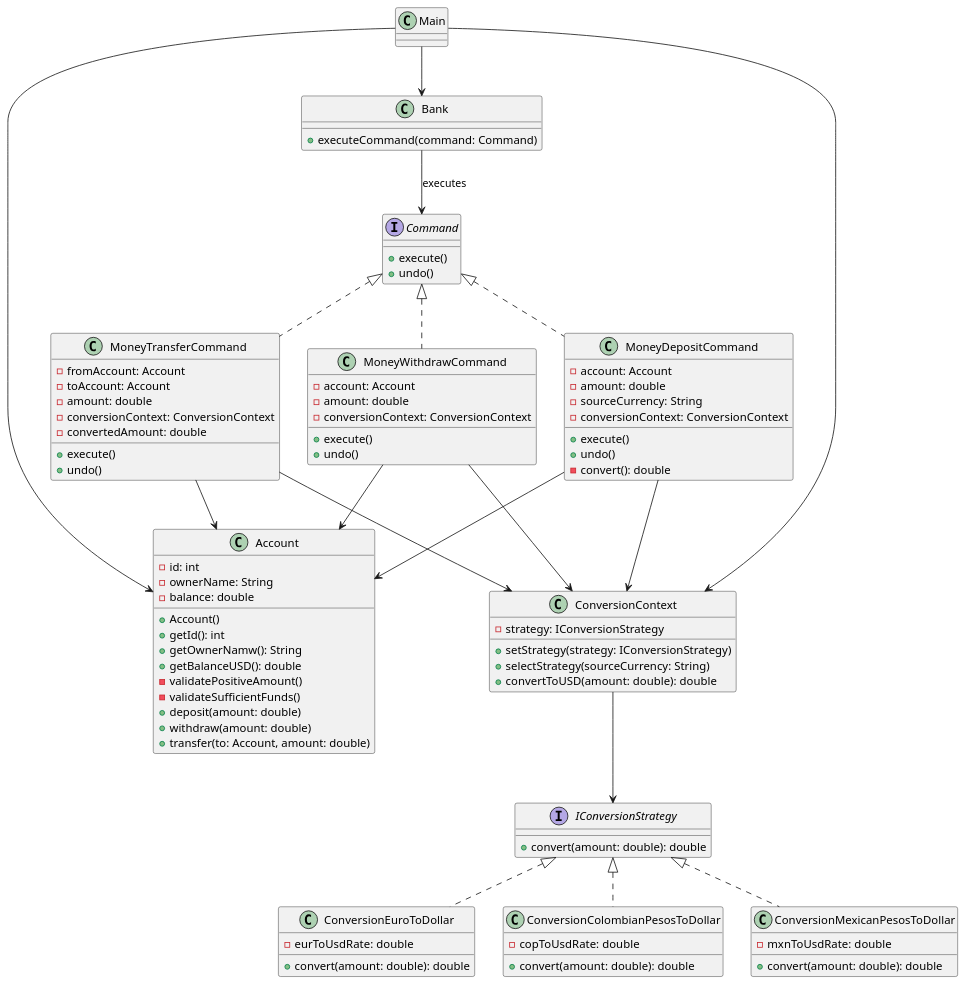
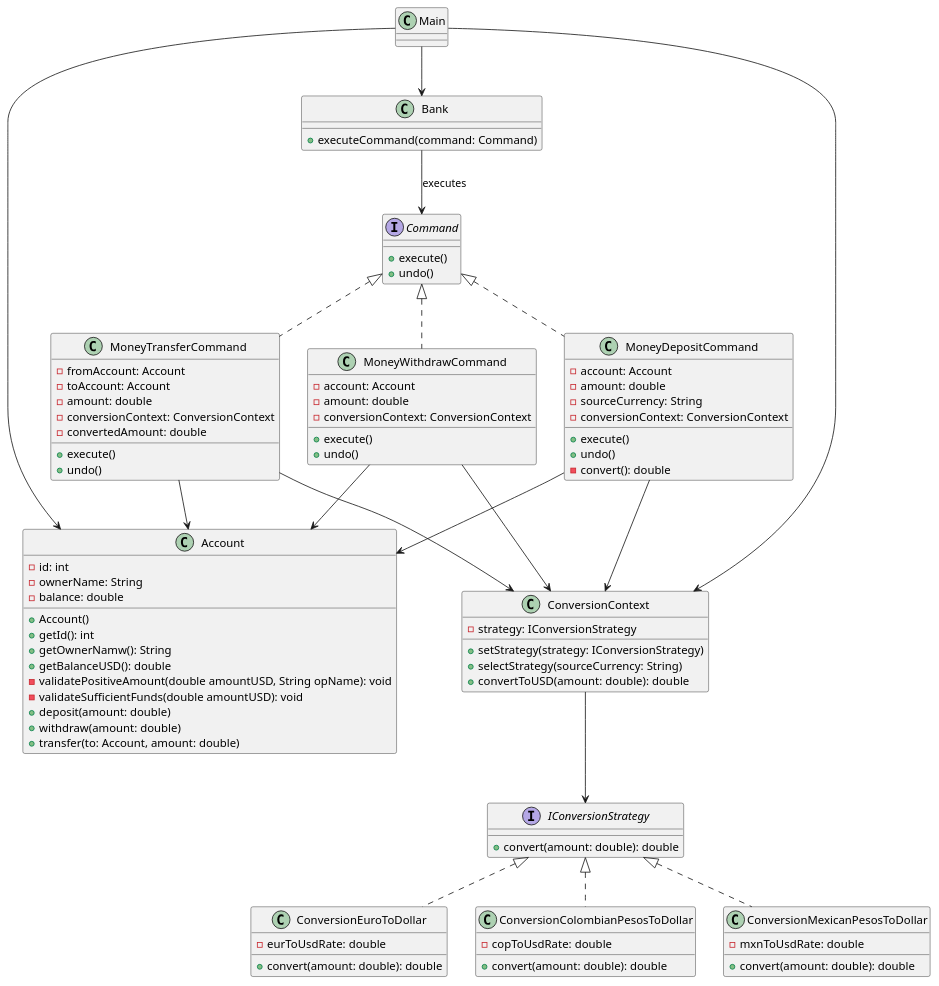
Before and after one commit to Jhon-Cortez/Strategy-Command: the diagram in DiagramaClases.wsd, drawn with PlantUML.

Commit message:
Metodos de la clase Account

```diff
--- a/DiagramaClases.wsd
+++ b/DiagramaClases.wsd
@@ -1,116 +1,116 @@
 @startuml
 
 ' ===== INTERFACES =====
 interface Command {
     +execute()
     +undo()
 }
 
 interface IConversionStrategy {
     +convert(amount: double): double
 }
 
 ' ===== CORE =====
 class Account {
     -id: int
     -ownerName: String 
     -balance: double
     +Account()
     +getId(): int
     +getOwnerNamw(): String
     +getBalanceUSD(): double
-    -validatePositiveAmount()
-    -validateSufficientFunds()
+    -validatePositiveAmount(double amountUSD, String opName): void
+    -validateSufficientFunds(double amountUSD): void
     +deposit(amount: double)
     +withdraw(amount: double)
     +transfer(to: Account, amount: double)
 }
 
 class Bank {
     +executeCommand(command: Command)
 }
 
 class Main
 
 ' ===== COMMANDS =====
 class MoneyDepositCommand {
     -account: Account
     -amount: double
     -sourceCurrency: String
     -conversionContext: ConversionContext
     +execute()
     +undo()
     -convert(): double
 }
 
 class MoneyWithdrawCommand {
     -account: Account
     -amount: double
     -conversionContext: ConversionContext
     +execute()
     +undo()
 }
 
 class MoneyTransferCommand {
     -fromAccount: Account
     -toAccount: Account
     -amount: double
     -conversionContext: ConversionContext
     -convertedAmount: double
     +execute()
     +undo()
 }
 
 ' ===== STRATEGY CONTEXT =====
 class ConversionContext {
     -strategy: IConversionStrategy
     +setStrategy(strategy: IConversionStrategy)
     +selectStrategy(sourceCurrency: String)
     +convertToUSD(amount: double): double
 }
 
 ' ===== STRATEGIES =====
 class ConversionEuroToDollar {
     -eurToUsdRate: double
     +convert(amount: double): double
 }
 
 class ConversionColombianPesosToDollar {
     -copToUsdRate: double
     +convert(amount: double): double
 }
 
 class ConversionMexicanPesosToDollar {
     -mxnToUsdRate: double
     +convert(amount: double): double
 }
 
 ' ===== RELATIONSHIPS =====
 
 ' Command pattern
 Command <|.. MoneyDepositCommand
 Command <|.. MoneyWithdrawCommand
 Command <|.. MoneyTransferCommand
 Bank --> Command : executes
 
 ' Account usage
 MoneyDepositCommand --> Account
 MoneyWithdrawCommand --> Account
 MoneyTransferCommand --> Account
 
 ' Strategy pattern
 IConversionStrategy <|.. ConversionEuroToDollar
 IConversionStrategy <|.. ConversionColombianPesosToDollar
 IConversionStrategy <|.. ConversionMexicanPesosToDollar
 
 ConversionContext --> IConversionStrategy
 MoneyDepositCommand --> ConversionContext
 MoneyWithdrawCommand --> ConversionContext
 MoneyTransferCommand --> ConversionContext
 
 ' Main usage
 Main --> Bank
 Main --> Account
 Main --> ConversionContext
 
 @enduml
```
